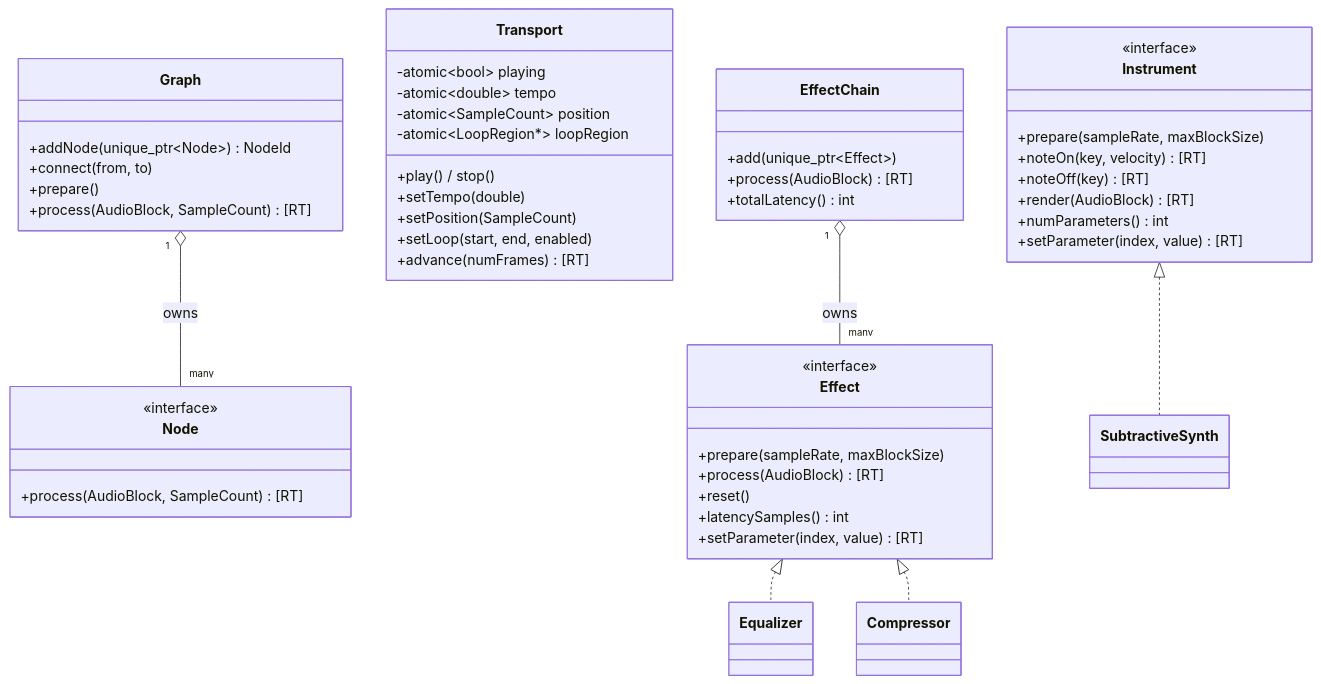
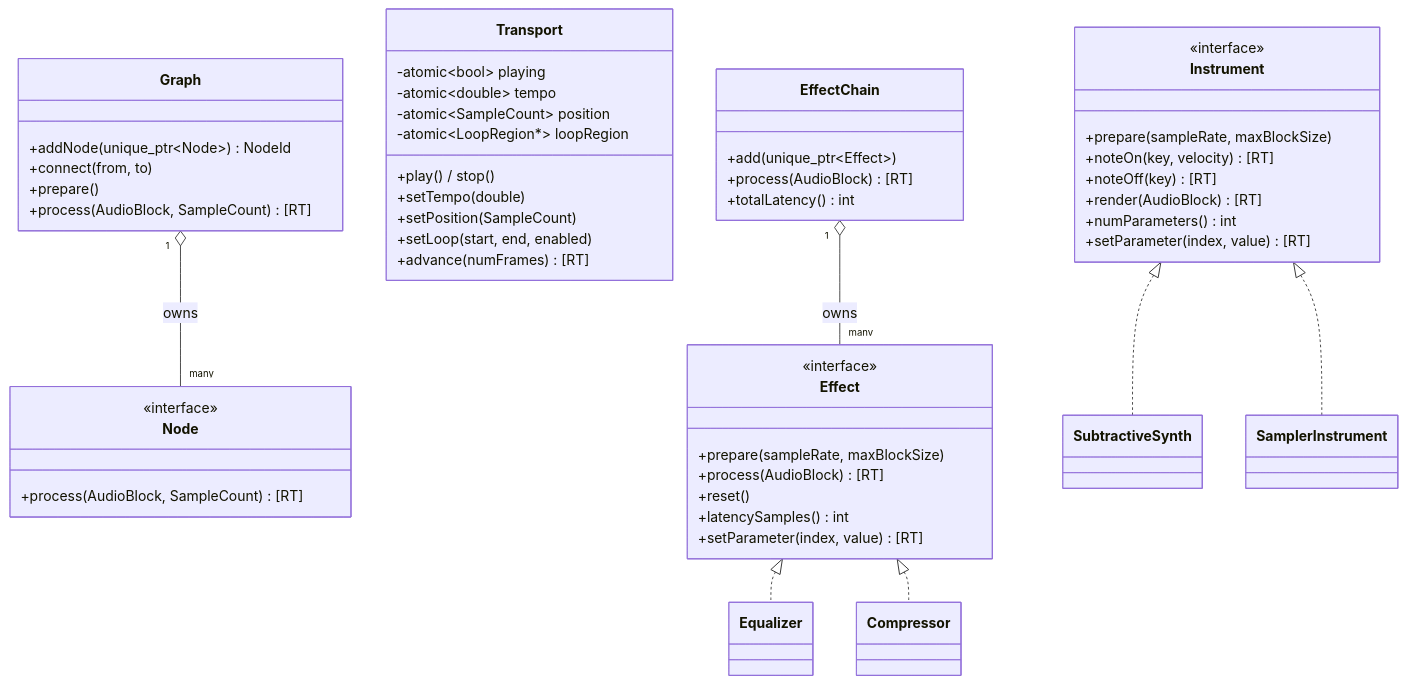
Before and after one commit to ajnieves1/Howl: the first of 4 diagrams in docs/classes.md, drawn with Mermaid. The commit also changed other lines of this file and 3 other files, not shown here.

First line of the commit message:
bring the reference docs up to date with the current architecture

````diff
--- a/docs/classes.md
+++ b/docs/classes.md
@@ -9,55 +9,57 @@
 ```mermaid
 classDiagram
     class Node {
         <<interface>>
         +process(AudioBlock, SampleCount) [RT]
     }
     class Graph {
         +addNode(unique_ptr~Node~) NodeId
         +connect(from, to)
         +prepare()
         +process(AudioBlock, SampleCount) [RT]
     }
     class Transport {
         +play() / stop()
         +setTempo(double)
         +setPosition(SampleCount)
         +setLoop(start, end, enabled)
         +advance(numFrames) [RT]
         -atomic~bool~ playing
         -atomic~double~ tempo
         -atomic~SampleCount~ position
         -atomic~LoopRegion*~ loopRegion
     }
     class Instrument {
         <<interface>>
         +prepare(sampleRate, maxBlockSize)
         +noteOn(key, velocity) [RT]
         +noteOff(key) [RT]
         +render(AudioBlock) [RT]
         +numParameters() int
         +setParameter(index, value) [RT]
     }
     class Effect {
         <<interface>>
         +prepare(sampleRate, maxBlockSize)
         +process(AudioBlock) [RT]
         +reset()
         +latencySamples() int
         +setParameter(index, value) [RT]
     }
     class EffectChain {
         +add(unique_ptr~Effect~)
         +process(AudioBlock) [RT]
         +totalLatency() int
     }
 
     Graph "1" o-- "many" Node : owns
     EffectChain "1" o-- "many" Effect : owns
     class SubtractiveSynth
+    class SamplerInstrument
     class Equalizer
     class Compressor
     Instrument <|.. SubtractiveSynth
+    Instrument <|.. SamplerInstrument
     Effect <|.. Equalizer
     Effect <|.. Compressor
 ```
````
